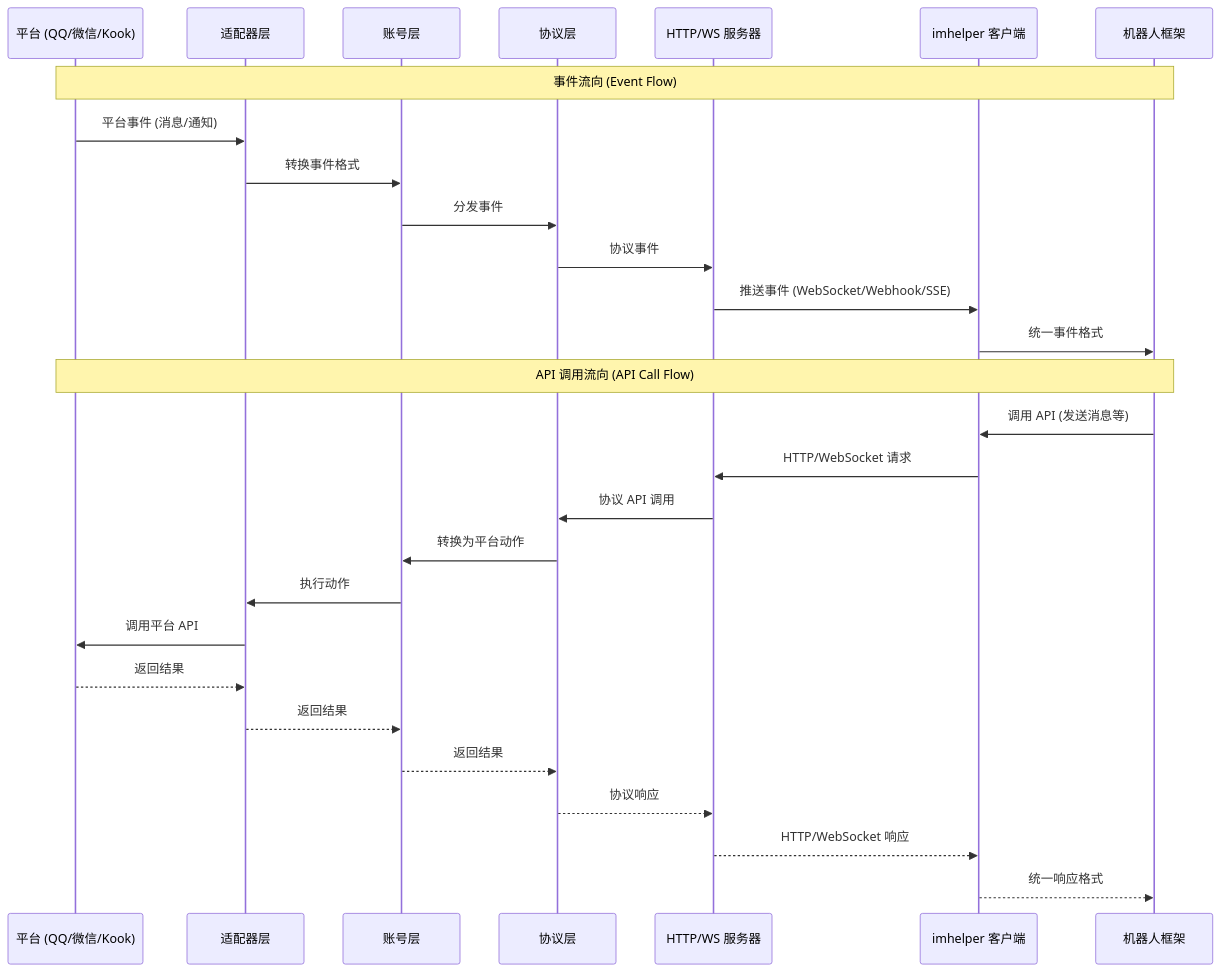
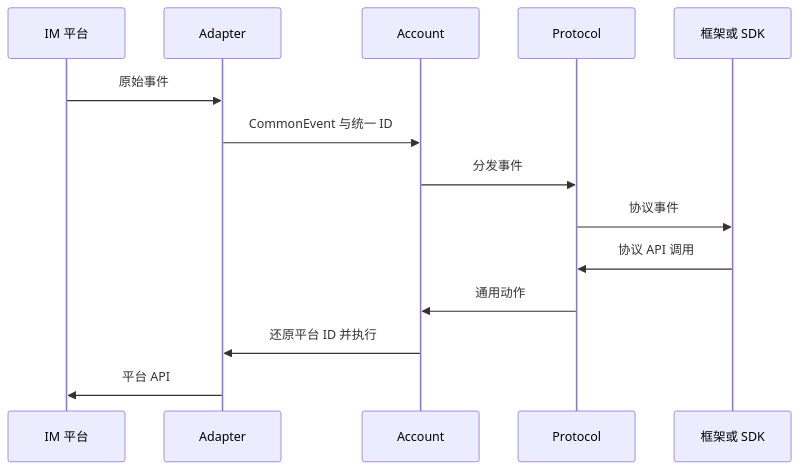
Before and after one commit to lc-cn/onebots: the second of 2 diagrams in docs/src/guide/architecture.md, drawn with Mermaid. The commit also changed other lines of this file and 6 other files, not shown here.

````diff
--- a/docs/src/guide/architecture.md
+++ b/docs/src/guide/architecture.md
@@ -169,32 +36,17 @@
 ```mermaid
 sequenceDiagram
-    participant Platform as 平台 (QQ/微信/Kook)
-    participant Adapter as 适配器层
-    participant Account as 账号层
-    participant Protocol as 协议层
-    participant Server as HTTP/WS 服务器
-    participant Client as imhelper 客户端
-    participant Framework as 机器人框架
+    participant Platform as IM 平台
+    participant Adapter as Adapter
+    participant Account as Account
+    participant Protocol as Protocol
+    participant Client as 框架或 SDK
 
-    Note over Platform,Framework: 事件流向 (Event Flow)
-    Platform->>Adapter: 平台事件 (消息/通知)
-    Adapter->>Account: 转换事件格式
+    Platform->>Adapter: 原始事件
+    Adapter->>Account: CommonEvent 与统一 ID
     Account->>Protocol: 分发事件
-    Protocol->>Server: 协议事件
-    Server->>Client: 推送事件 (WebSocket/Webhook/SSE)
-    Client->>Framework: 统一事件格式
-
-    Note over Framework,Platform: API 调用流向 (API Call Flow)
-    Framework->>Client: 调用 API (发送消息等)
-    Client->>Server: HTTP/WebSocket 请求
-    Server->>Protocol: 协议 API 调用
-    Protocol->>Account: 转换为平台动作
-    Account->>Adapter: 执行动作
-    Adapter->>Platform: 调用平台 API
-    Platform-->>Adapter: 返回结果
-    Adapter-->>Account: 返回结果
-    Account-->>Protocol: 返回结果
-    Protocol-->>Server: 协议响应
-    Server-->>Client: HTTP/WebSocket 响应
-    Client-->>Framework: 统一响应格式
+    Protocol->>Client: 协议事件
+    Client->>Protocol: 协议 API 调用
+    Protocol->>Account: 通用动作
+    Account->>Adapter: 还原平台 ID 并执行
+    Adapter->>Platform: 平台 API
 ```
````
